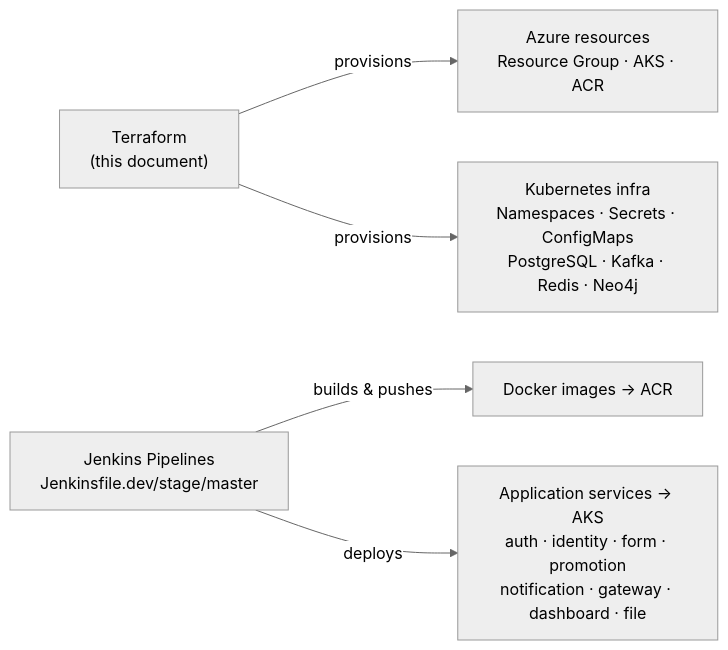
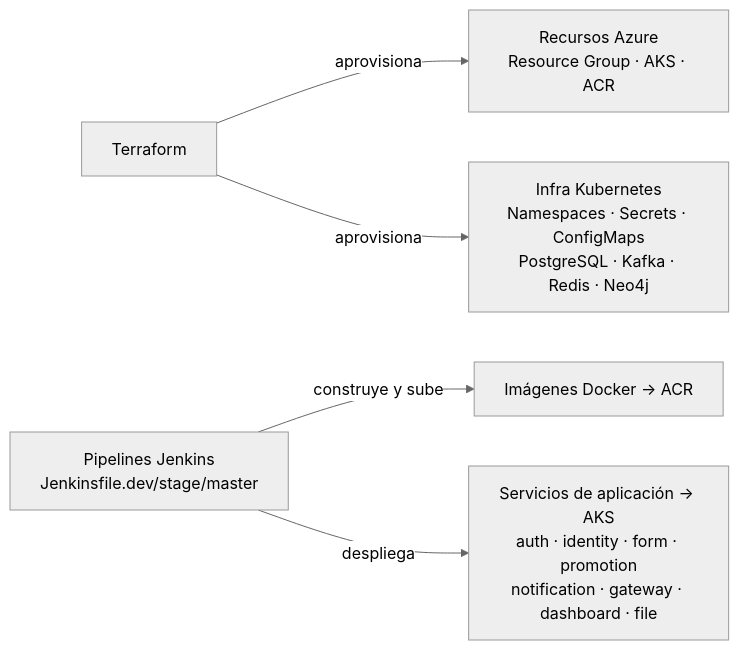
Before and after one commit to Electromayonaise/Circle-Guard-IngSoV: the fourth of 4 diagrams in docs/diagrams/terraform-infrastructure.md, drawn with Mermaid (neutral theme). The commit also changed other lines of this file, not shown here.

Commit message:
docs(terraform): add infrastructure architecture diagram with Mermaid

````diff
--- a/docs/diagrams/terraform-infrastructure.md
+++ b/docs/diagrams/terraform-infrastructure.md
@@ -124,11 +132,11 @@
 ```mermaid
 graph LR
-    TF["Terraform<br/>(this document)"]
-    JK["Jenkins Pipelines<br/>Jenkinsfile.dev/stage/master"]
+    TF["Terraform"]
+    JK["Pipelines Jenkins<br/>Jenkinsfile.dev/stage/master"]
 
-    TF -->|"provisions"| AZURE["Azure resources<br/>Resource Group · AKS · ACR"]
-    TF -->|"provisions"| K8S_INFRA["Kubernetes infra<br/>Namespaces · Secrets · ConfigMaps<br/>PostgreSQL · Kafka · Redis · Neo4j"]
+    TF -->|"aprovisiona"| AZURE["Recursos Azure<br/>Resource Group · AKS · ACR"]
+    TF -->|"aprovisiona"| K8S_INFRA["Infra Kubernetes<br/>Namespaces · Secrets · ConfigMaps<br/>PostgreSQL · Kafka · Redis · Neo4j"]
 
-    JK -->|"builds & pushes"| IMAGES["Docker images → ACR"]
-    JK -->|"deploys"| SERVICES["Application services → AKS<br/>auth · identity · form · promotion<br/>notification · gateway · dashboard · file"]
+    JK -->|"construye y sube"| IMAGES["Imágenes Docker → ACR"]
+    JK -->|"despliega"| SERVICES["Servicios de aplicación → AKS<br/>auth · identity · form · promotion<br/>notification · gateway · dashboard · file"]
 ```
````
